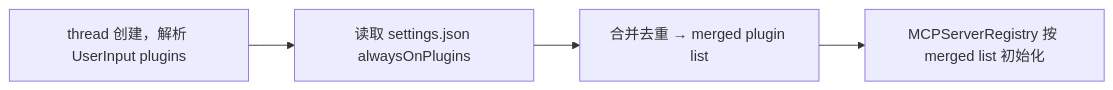
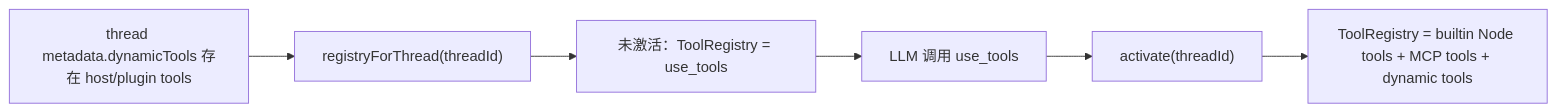
One commit to Lixuhang987/Wisp-Pocket changed the fourth of 4 diagrams in docs/medium-powers/plans/2026-06-19-plugin-system.md. Above: the diagram before and after it, drawn with Mermaid. The commit also changed other lines of this file and 1 other file, not shown here.

Commit message:
docs: revise plugin system dynamic tools spec

````diff
--- a/docs/medium-powers/plans/2026-06-19-plugin-system.md
+++ b/docs/medium-powers/plans/2026-06-19-plugin-system.md
@@ -323,6 +315,8 @@
 ```mermaid
 flowchart LR
-    A["thread 创建，解析 UserInput plugins"] --> B["读取 settings.json alwaysOnPlugins"]
-    B --> C["合并去重 → merged plugin list"]
-    C --> D["MCPServerRegistry 按 merged list 初始化"]
+  A["thread metadata.dynamicTools 存在 host/plugin tools"] --> B["registryForThread(threadId)"]
+  B --> C["未激活：ToolRegistry = use_tools"]
+  C --> D["LLM 调用 use_tools"]
+  D --> E["activate(threadId)"]
+  E --> F["ToolRegistry = builtin Node tools + MCP tools + dynamic tools"]
 ```
````
